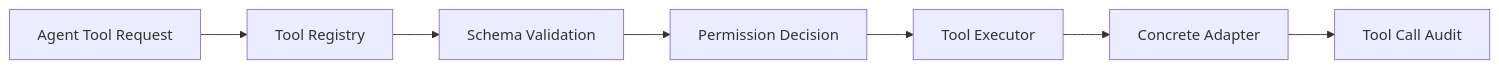
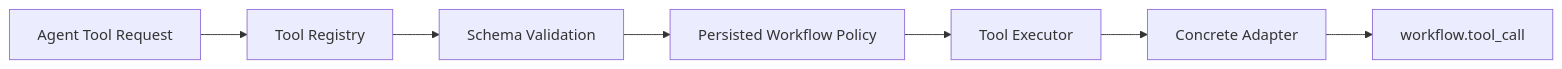
Before and after one commit to CodeZen-Lizhi/zhixu: the diagram in docs/architecture/tool-security.md, drawn with Mermaid. The commit also changed other lines of this file and 142 other files, not shown here.

````diff
--- a/docs/architecture/tool-security.md
+++ b/docs/architecture/tool-security.md
@@ -9,9 +9,9 @@
 ```mermaid
 flowchart LR
     Agent["Agent Tool Request"] --> Registry["Tool Registry"]
     Registry --> Schema["Schema Validation"]
-    Schema --> Auth["Permission Decision"]
+    Schema --> Auth["Persisted Workflow Policy"]
     Auth --> Executor["Tool Executor"]
     Executor --> Adapter["Concrete Adapter"]
-    Adapter --> Audit["Tool Call Audit"]
+    Adapter --> Audit["workflow.tool_call"]
 ```
````
